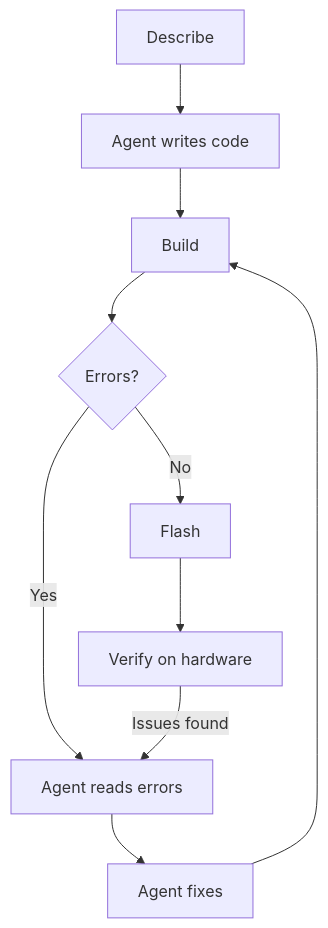
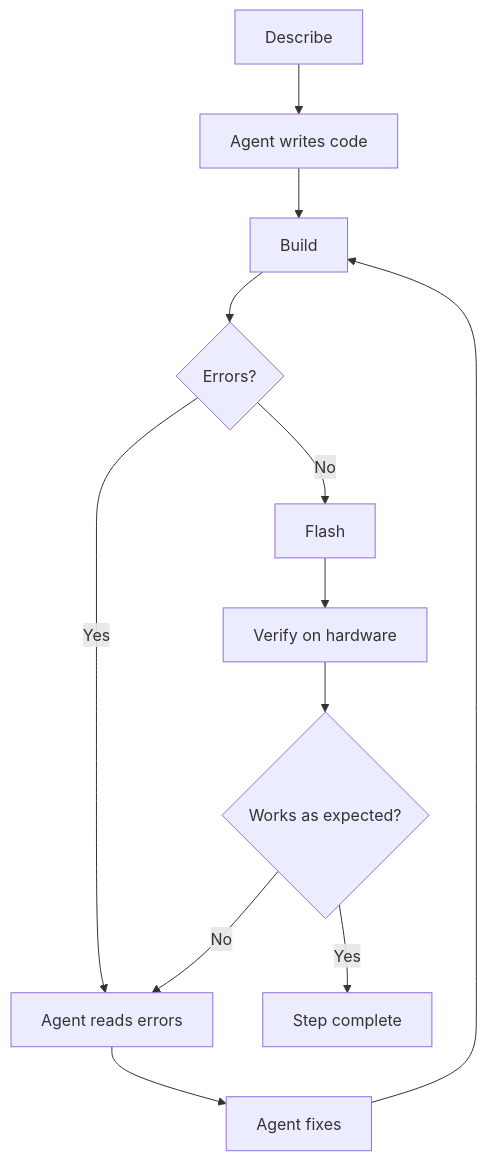
Before and after one commit to espressif/developer-portal: the diagram in content/workshops/ai-agent-coding-for-esp-idf/lecture-1/index.md, drawn with Mermaid. The commit also changed other lines of this file and 9 other files, not shown here.

````diff
--- a/content/workshops/ai-agent-coding-for-esp-idf/lecture-1/index.md
+++ b/content/workshops/ai-agent-coding-for-esp-idf/lecture-1/index.md
@@ -21,12 +23,14 @@
 ```mermaid
 flowchart TD
     A[Describe] --> B[Agent writes code]
     B --> C[Build]
     C --> D{Errors?}
     D -- Yes --> E[Agent reads errors]
     E --> F[Agent fixes]
     F --> C
     D -- No --> G[Flash]
     G --> H[Verify on hardware]
-    H -- Issues found --> E
+    H --> I{Works as expected?}
+    I -- No --> E
+    I -- Yes --> J[Step complete]
 ```
````
